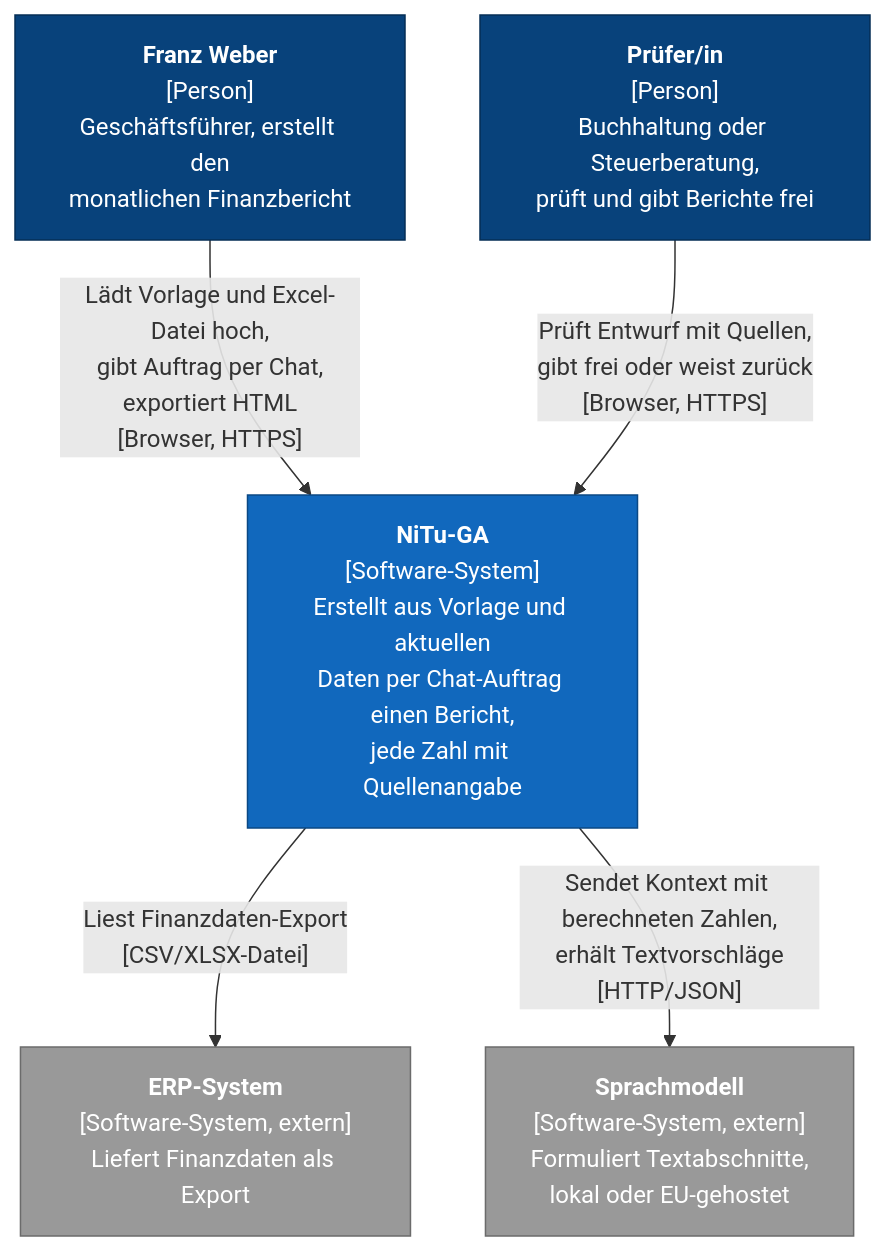
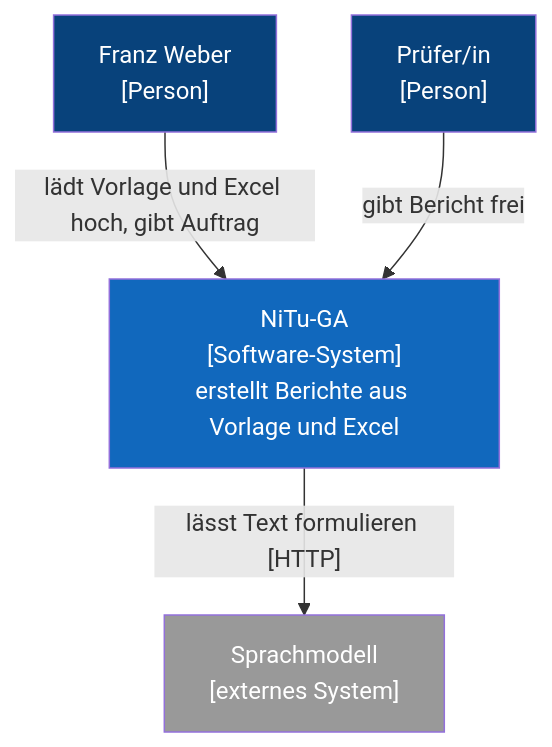
One commit to Nicopy17/NiTu-GA changed the diagram in docs/architecture/c4/system-context.md. Above: the diagram before and after it, drawn with Mermaid. The commit also changed other lines of this file and 16 other files, not shown here.

````diff
--- a/docs/architecture/c4/system-context.md
+++ b/docs/architecture/c4/system-context.md
@@ -5,22 +3,18 @@
 ```mermaid
 flowchart TB
-    franz["<b>Franz Weber</b><br/>[Person]<br/>Geschäftsführer, erstellt den<br/>monatlichen Finanzbericht"]
-    pruefer["<b>Prüfer/in</b><br/>[Person]<br/>Buchhaltung oder Steuerberatung,<br/>prüft und gibt Berichte frei"]
+    franz["Franz Weber<br/>[Person]"]
+    pruefer["Prüfer/in<br/>[Person]"]
+    nitu["NiTu-GA<br/>[Software-System]<br/>erstellt Berichte aus Vorlage und Excel"]
+    llm["Sprachmodell<br/>[externes System]"]
 
-    nitu["<b>NiTu-GA</b><br/>[Software-System]<br/>Erstellt aus Vorlage und aktuellen<br/>Daten per Chat-Auftrag einen Bericht,<br/>jede Zahl mit Quellenangabe"]
+    franz -- "lädt Vorlage und Excel hoch, gibt Auftrag" --> nitu
+    pruefer -- "gibt Bericht frei" --> nitu
+    nitu -- "lässt Text formulieren [HTTP]" --> llm
 
-    erp["<b>ERP-System</b><br/>[Software-System, extern]<br/>Liefert Finanzdaten als Export"]
-    llm["<b>Sprachmodell</b><br/>[Software-System, extern]<br/>Formuliert Textabschnitte,<br/>lokal oder EU-gehostet"]
-
-    franz -- "Lädt Vorlage und Excel-Datei hoch,<br/>gibt Auftrag per Chat,<br/>exportiert HTML<br/>[Browser, HTTPS]" --> nitu
-    pruefer -- "Prüft Entwurf mit Quellen,<br/>gibt frei oder weist zurück<br/>[Browser, HTTPS]" --> nitu
-    nitu -- "Liest Finanzdaten-Export<br/>[CSV/XLSX-Datei]" --> erp
-    nitu -- "Sendet Kontext mit berechneten Zahlen,<br/>erhält Textvorschläge<br/>[HTTP/JSON]" --> llm
-
-    classDef person fill:#08427b,stroke:#052e56,color:#fff
-    classDef system fill:#1168bd,stroke:#0b4884,color:#fff
-    classDef external fill:#999999,stroke:#6b6b6b,color:#fff
+    classDef person fill:#08427b,color:#fff
+    classDef system fill:#1168bd,color:#fff
+    classDef ext fill:#999,color:#fff
     class franz,pruefer person
     class nitu system
-    class erp,llm external
+    class llm ext
 ```
````
